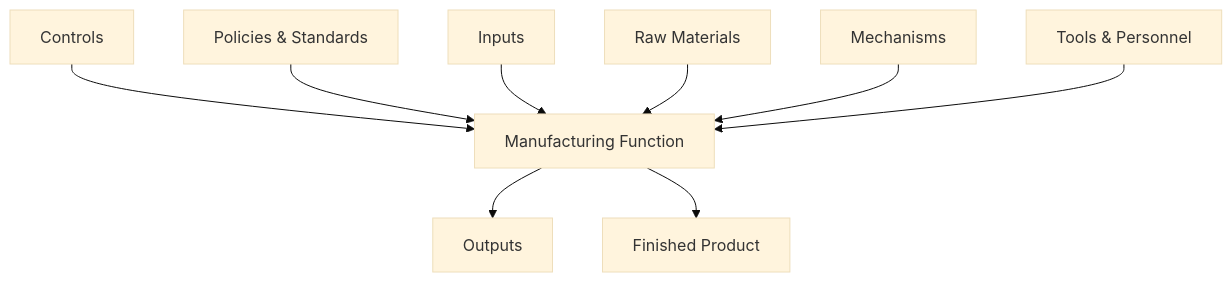
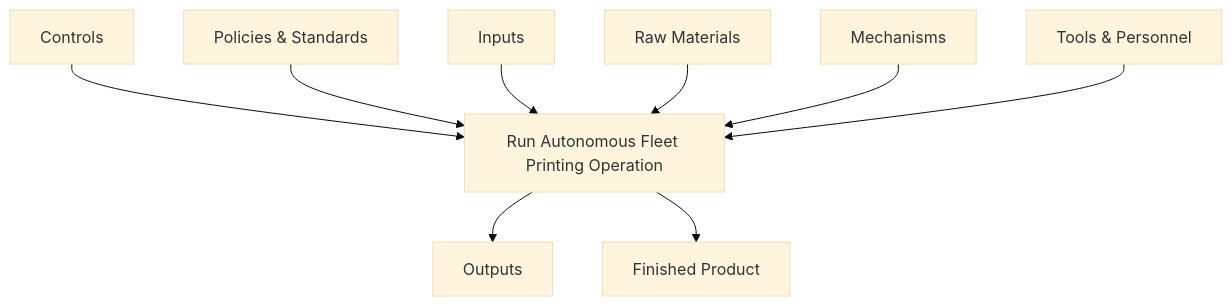
Before and after one commit to jbacenty-creator/MMET-491-IDEF0: the first of 2 diagrams in README.md, drawn with Mermaid (base theme).

````diff
--- a/README.md
+++ b/README.md
@@ -5,16 +5,16 @@
 ```mermaid
 flowchart TD
-    A0[Manufacturing Function]
+    A0[Run Autonomous Fleet Printing Operation]
 
     C1[Controls] --> A0
     C2[Policies & Standards] --> A0
 
     I1[Inputs] --> A0
     I2[Raw Materials] --> A0
 
     M1[Mechanisms] --> A0
     M2[Tools & Personnel] --> A0
 
     A0 --> O1[Outputs]
     A0 --> O2[Finished Product]
 ```
````
